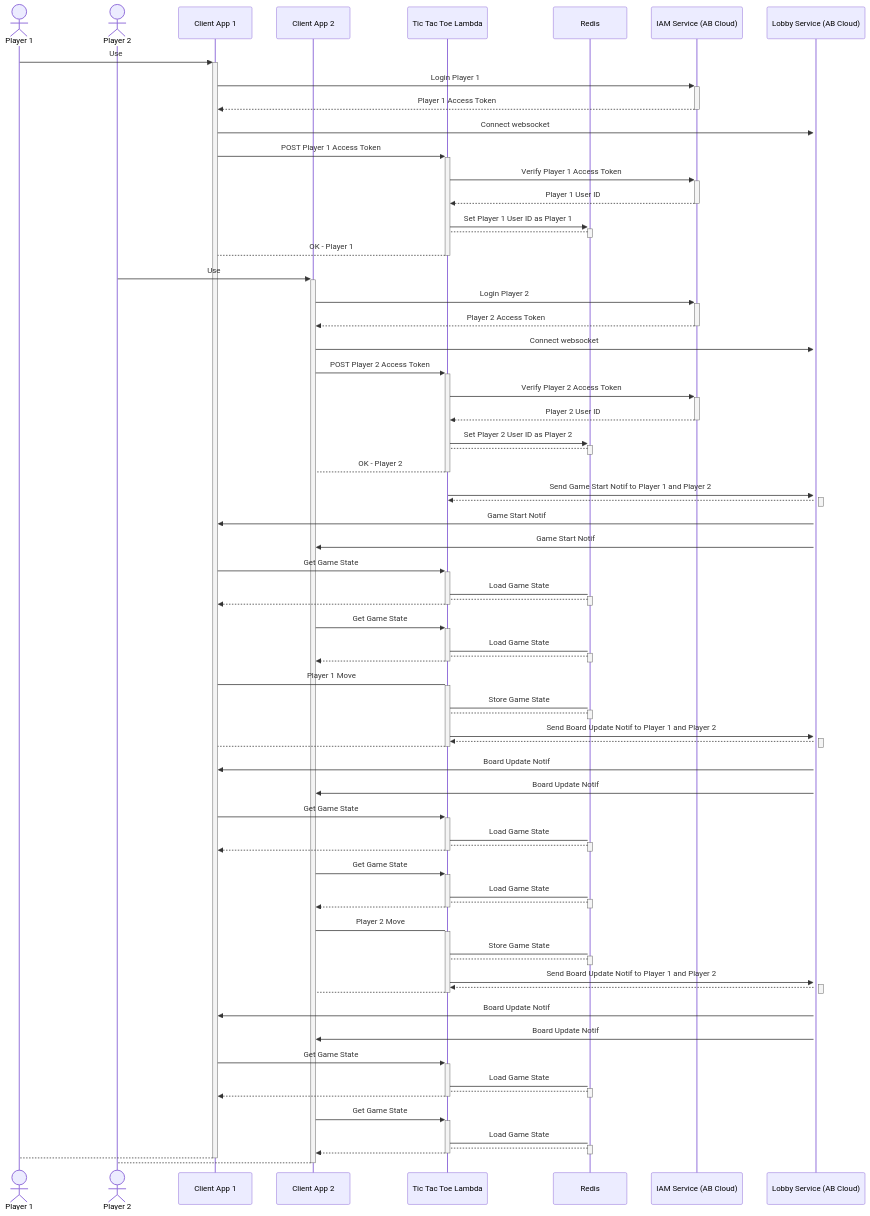
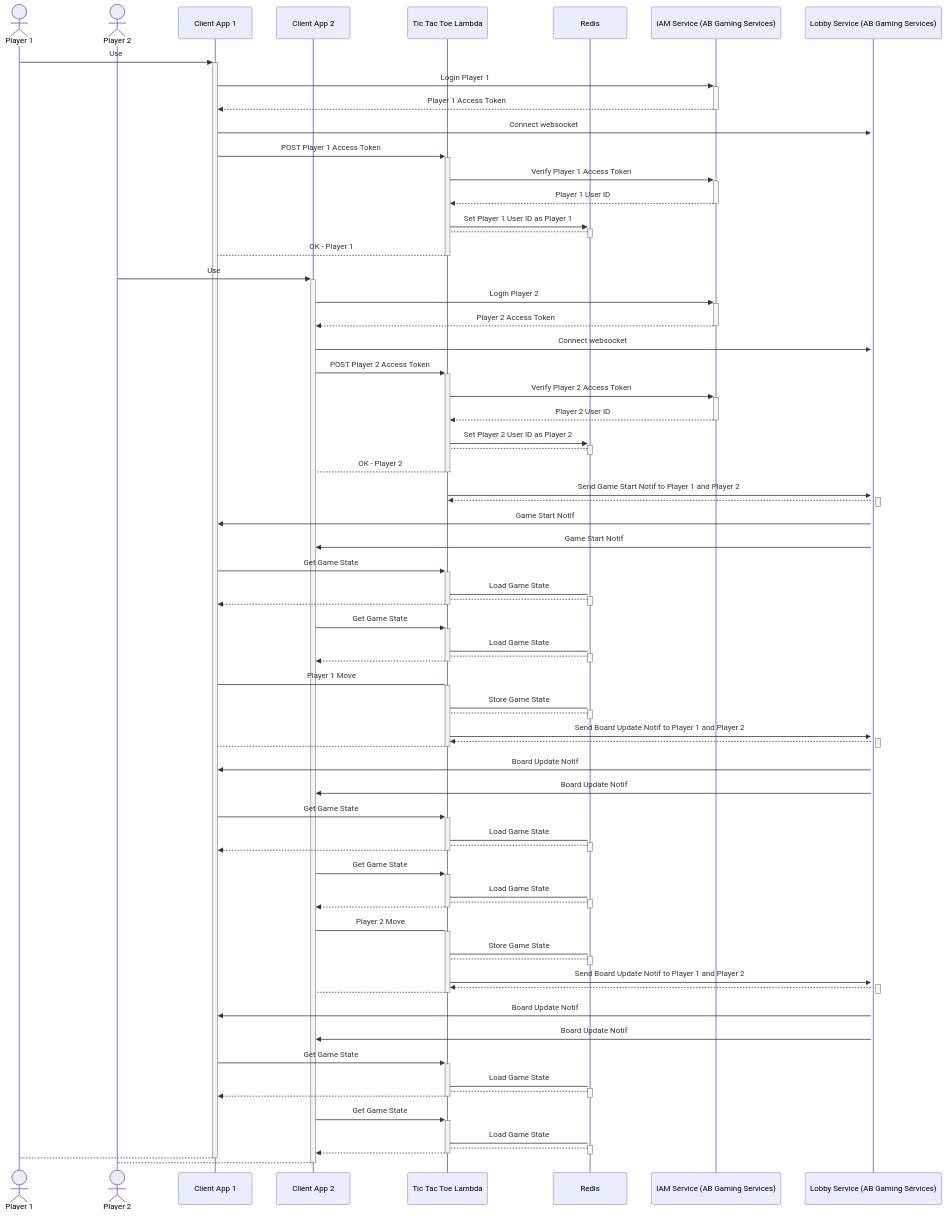
Before and after one commit to AccelByte/accelbyte-java-sdk: the diagram in docs/samples/tic-tac-toe.md, drawn with Mermaid. The commit also changed other lines of this file and 14 other files, not shown here.

Commit message:
chore(docs): rename ab gaming services, extend sdk

```diff
--- a/docs/samples/tic-tac-toe.md
+++ b/docs/samples/tic-tac-toe.md
@@ -39,8 +39,8 @@
     participant C2 as Client App 2
     participant TT as Tic Tac Toe Lambda
     participant R as Redis
-    participant IAM as IAM Service (AB Cloud)
-    participant LOB as Lobby Service (AB Cloud)
+    participant IAM as IAM Service (AB Gaming Services)
+    participant LOB as Lobby Service (AB Gaming Services)
 
     P1 ->>+ C1: Use
     C1 ->>+ IAM: Login Player 1
```
